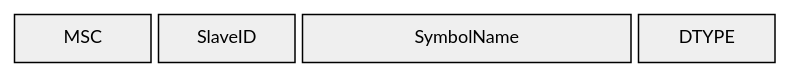
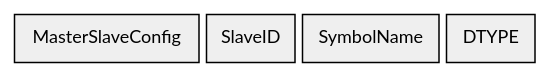
The diagram in protocol/frames/signals.md (sebaJoSt/blaeck-protocol), drawn with Mermaid before and after one commit. The commit also changed 4 other files, not shown here.

First line of the commit message:
Use canonical element names in all Mermaid diagrams and tables

````diff
--- a/protocol/frames/signals.md
+++ b/protocol/frames/signals.md
@@ -11,13 +11,13 @@
 ```mermaid
 ---
 config:
   packet:
     showBits: false
-    bitsPerRow: 16
+    bitsPerRow: 11
 ---
 packet-beta
-  0-2: "MSC"
-  3-5: "SlaveID"
-  6-12: "SymbolName"
-  13-15: "DTYPE"
+  0-3: "MasterSlaveConfig"
+  4-5: "SlaveID"
+  6-8: "SymbolName"
+  9-10: "DTYPE"
 ```
````
